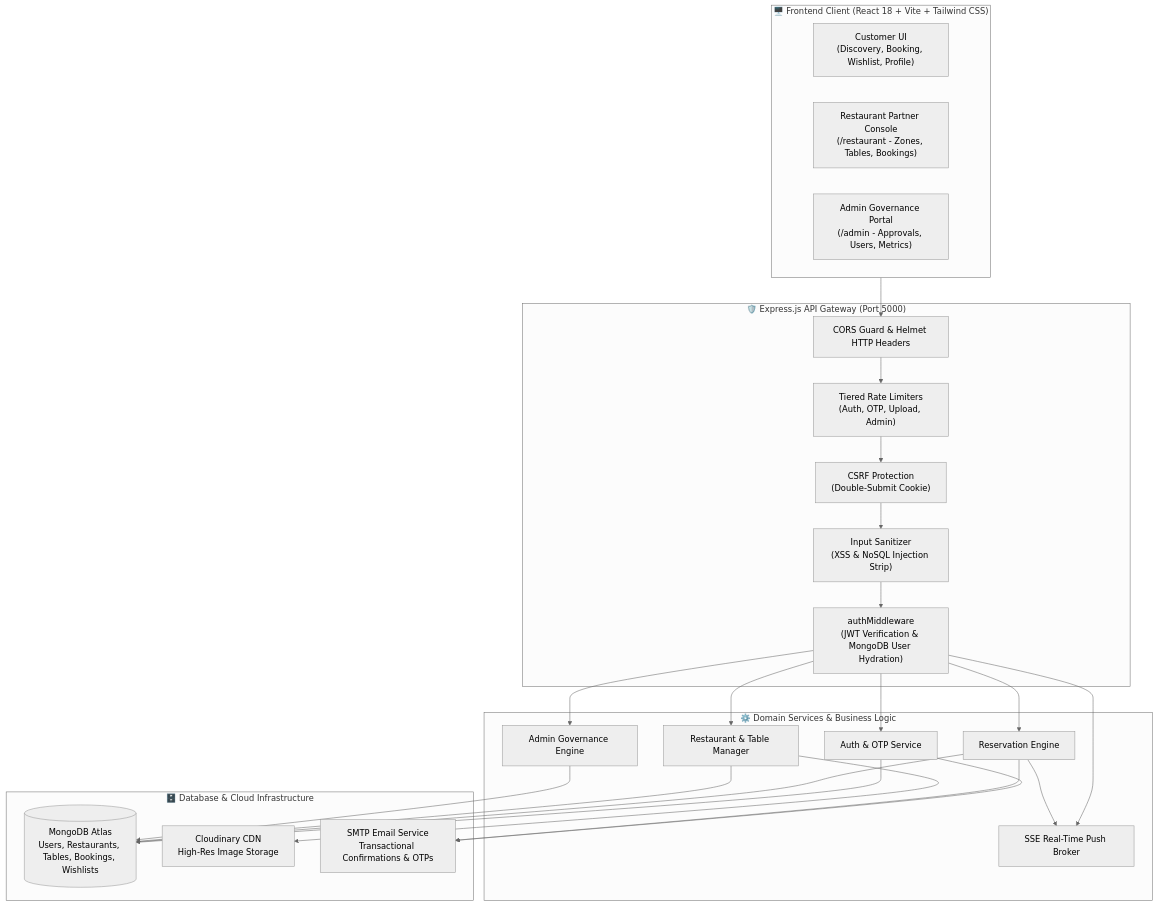
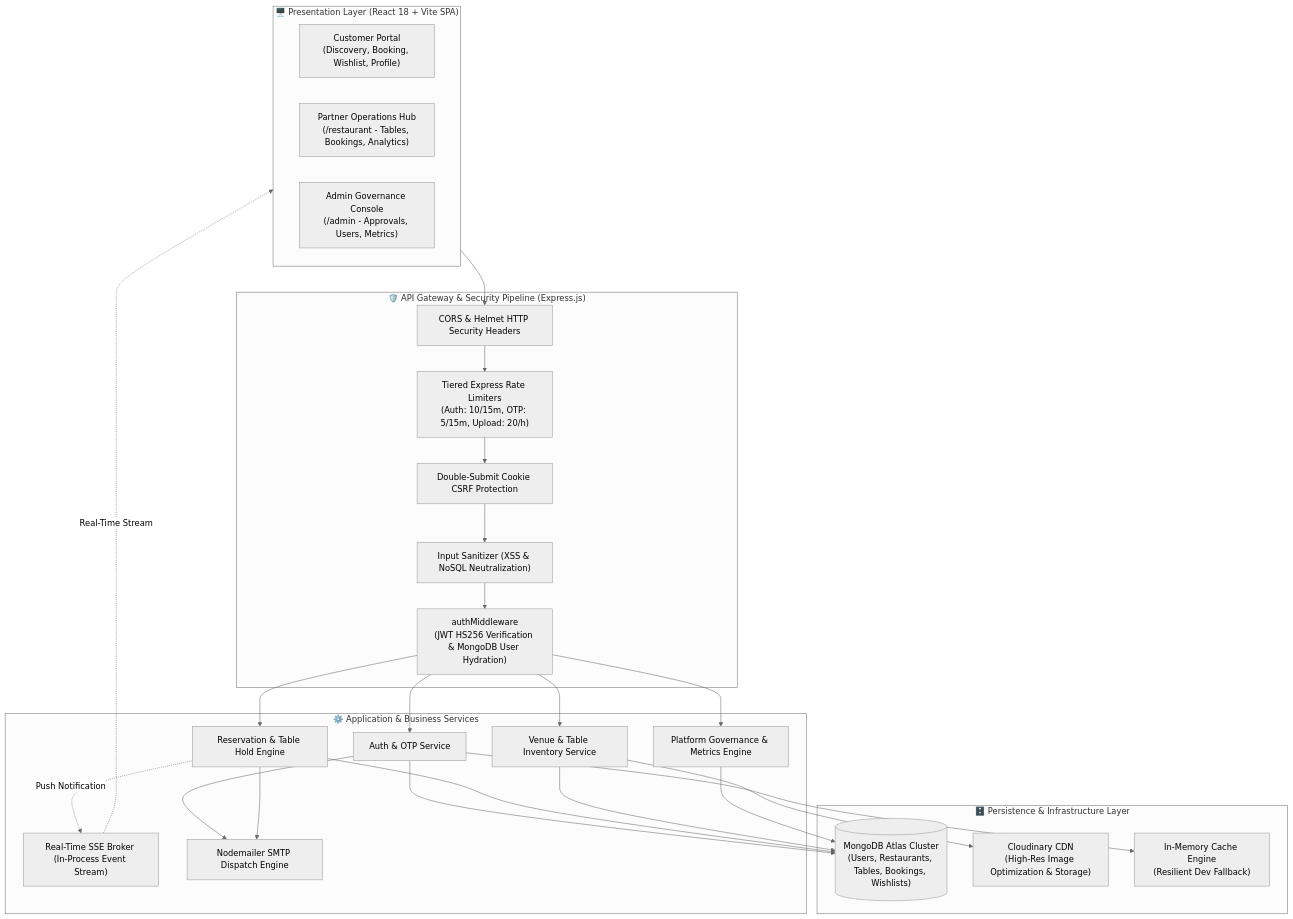
The first of 2 diagrams in README.md (Aaryan-9784/BookMyTable), drawn with Mermaid (neutral theme) before and after one commit. The commit also changed other lines of this file and 1 other file, not shown here.

````diff
--- a/README.md
+++ b/README.md
@@ -63,51 +76,55 @@
 ```mermaid
 flowchart TD
-    subgraph ClientLayer["🖥️ Frontend Client (React 18 + Vite + Tailwind CSS)"]
-        UI_Customer["Customer UI<br/>(Discovery, Booking, Wishlist, Profile)"]
-        UI_Partner["Restaurant Partner Console<br/>(/restaurant - Zones, Tables, Bookings)"]
-        UI_Admin["Admin Governance Portal<br/>(/admin - Approvals, Users, Metrics)"]
+    subgraph ClientTier["🖥️ Presentation Layer (React 18 + Vite SPA)"]
+        UI_Customer["Customer Portal<br/>(Discovery, Booking, Wishlist, Profile)"]
+        UI_Partner["Partner Operations Hub<br/>(/restaurant - Tables, Bookings, Analytics)"]
+        UI_Admin["Admin Governance Console<br/>(/admin - Approvals, Users, Metrics)"]
     end
 
-    subgraph GatewayLayer["🛡️ Express.js API Gateway (Port 5000)"]
-        Sec_CORS["CORS Guard & Helmet HTTP Headers"]
-        Sec_Rate["Tiered Rate Limiters<br/>(Auth, OTP, Upload, Admin)"]
-        Sec_CSRF["CSRF Protection<br/>(Double-Submit Cookie)"]
-        Sec_Sanitize["Input Sanitizer<br/>(XSS & NoSQL Injection Strip)"]
-        Sec_Auth["authMiddleware<br/>(JWT Verification & MongoDB User Hydration)"]
+    subgraph GatewayTier["🛡️ API Gateway & Security Pipeline (Express.js)"]
+        MW_CORS["CORS & Helmet HTTP Security Headers"]
+        MW_RateLimit["Tiered Express Rate Limiters<br/>(Auth: 10/15m, OTP: 5/15m, Upload: 20/h)"]
+        MW_CSRF["Double-Submit Cookie CSRF Protection"]
+        MW_Sanitize["Input Sanitizer (XSS & NoSQL Neutralization)"]
+        MW_Auth["authMiddleware<br/>(JWT HS256 Verification & MongoDB User Hydration)"]
     end
 
-    subgraph ServiceLayer["⚙️ Domain Services & Business Logic"]
-        Ctrl_Auth["Auth & OTP Service"]
-        Ctrl_Booking["Reservation Engine"]
-        Ctrl_Rest["Restaurant & Table Manager"]
-        Ctrl_Admin["Admin Governance Engine"]
-        Ctrl_SSE["SSE Real-Time Push Broker"]
+    subgraph ServiceTier["⚙️ Application & Business Services"]
+        SVC_Auth["Auth & OTP Service"]
+        SVC_Reservation["Reservation & Table Hold Engine"]
+        SVC_Partner["Venue & Table Inventory Service"]
+        SVC_Admin["Platform Governance & Metrics Engine"]
+        SVC_SSE["Real-Time SSE Broker (In-Process Event Stream)"]
+        SVC_Email["Nodemailer SMTP Dispatch Engine"]
     end
 
-    subgraph StorageLayer["🗄️ Database & Cloud Infrastructure"]
-        DB_Mongo[("MongoDB Atlas<br/>Users, Restaurants, Tables, Bookings, Wishlists")]
-        Cloud_Media["Cloudinary CDN<br/>High-Res Image Storage"]
-        Service_Email["SMTP Email Service<br/>Transactional Confirmations & OTPs"]
+    subgraph PersistenceTier["🗄️ Persistence & Infrastructure Layer"]
+        DB_Mongo[("MongoDB Atlas Cluster<br/>(Users, Restaurants, Tables, Bookings, Wishlists)")]
+        CDN_Cloudinary["Cloudinary CDN<br/>(High-Res Image Optimization & Storage)"]
+        CACHE_Fallback["In-Memory Cache Engine<br/>(Resilient Dev Fallback)"]
     end
 
-    ClientLayer --> Sec_CORS
-    Sec_CORS --> Sec_Rate
-    Sec_Rate --> Sec_CSRF
-    Sec_CSRF --> Sec_Sanitize
-    Sec_Sanitize --> Sec_Auth
+    ClientTier --> MW_CORS
+    MW_CORS --> MW_RateLimit
+    MW_RateLimit --> MW_CSRF
+    MW_CSRF --> MW_Sanitize
+    MW_Sanitize --> MW_Auth
 
-    Sec_Auth --> Ctrl_Auth
-    Sec_Auth --> Ctrl_Booking
-    Sec_Auth --> Ctrl_Rest
-    Sec_Auth --> Ctrl_Admin
-    Sec_Auth --> Ctrl_SSE
+    MW_Auth --> SVC_Auth
+    MW_Auth --> SVC_Reservation
+    MW_Auth --> SVC_Partner
+    MW_Auth --> SVC_Admin
 
-    Ctrl_Auth --> DB_Mongo
-    Ctrl_Booking --> DB_Mongo
-    Ctrl_Rest --> DB_Mongo
-    Ctrl_Admin --> DB_Mongo
-    Ctrl_Booking --> Ctrl_SSE
-    Ctrl_Auth --> Service_Email
-    Ctrl_Booking --> Service_Email
-    Ctrl_Rest --> Cloud_Media
+    SVC_Reservation -. Push Notification .-> SVC_SSE
+    SVC_SSE -. Real-Time Stream .-> ClientTier
+
+    SVC_Auth --> DB_Mongo
+    SVC_Reservation --> DB_Mongo
+    SVC_Partner --> DB_Mongo
+    SVC_Admin --> DB_Mongo
+
+    SVC_Auth --> SVC_Email
+    SVC_Reservation --> SVC_Email
+    SVC_Partner --> CDN_Cloudinary
+    SVC_Auth --> CACHE_Fallback
 ```
````
